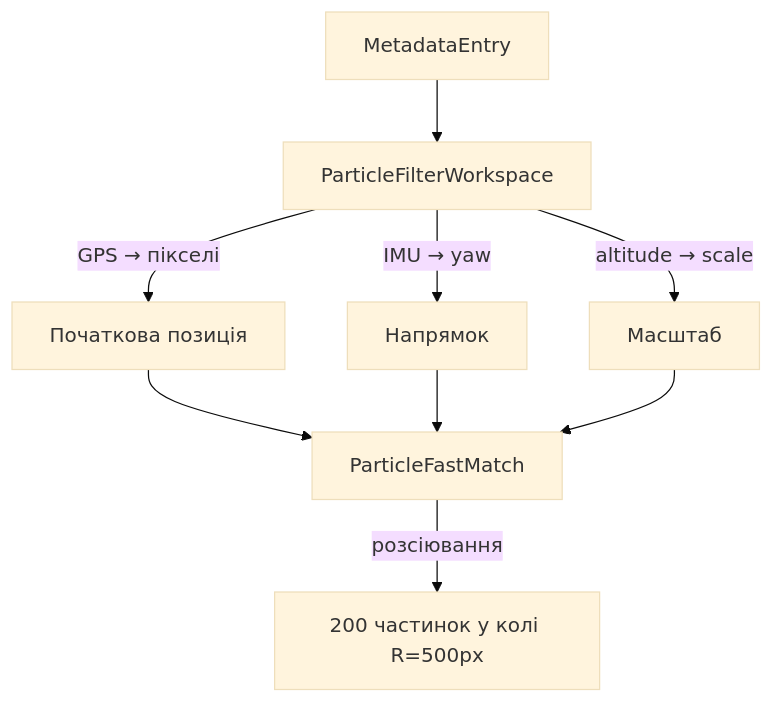
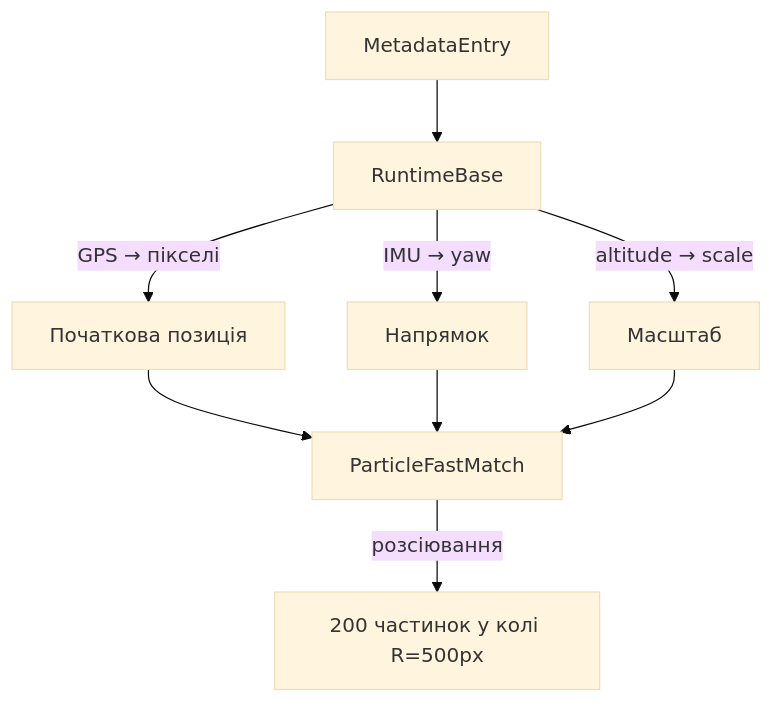
Before and after one commit to kvadim888/particle-match: the second of 4 diagrams in docs/Architecture.md, drawn with Mermaid (base theme). The commit also changed other lines of this file and 5 other files, not shown here.

````diff
--- a/docs/Architecture.md
+++ b/docs/Architecture.md
@@ -57,11 +57,11 @@
 ```mermaid
 graph TD
-    Entry[MetadataEntry] --> PFW[ParticleFilterWorkspace]
+    Entry[MetadataEntry] --> PFW[RuntimeBase]
     PFW --> |"GPS → пікселі"| StartLoc[Початкова позиція]
     PFW --> |"IMU → yaw"| Direction[Напрямок]
     PFW --> |"altitude → scale"| Scale[Масштаб]
     StartLoc --> PFM[ParticleFastMatch]
     Direction --> PFM
     Scale --> PFM
     PFM --> |"розсіювання"| Particles[200 частинок у колі R=500px]
 ```
````
